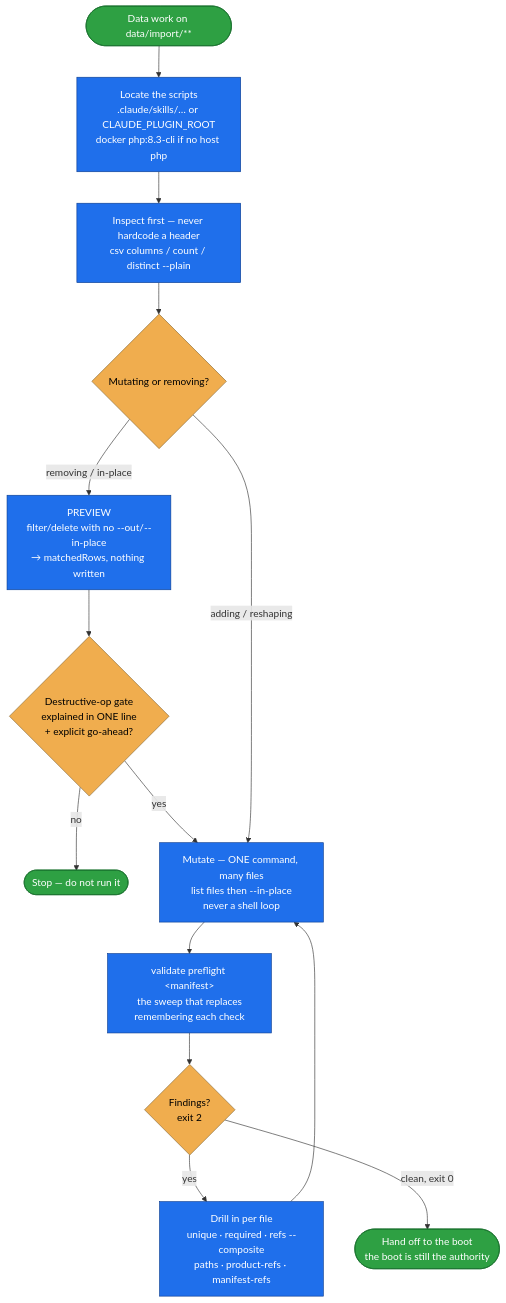
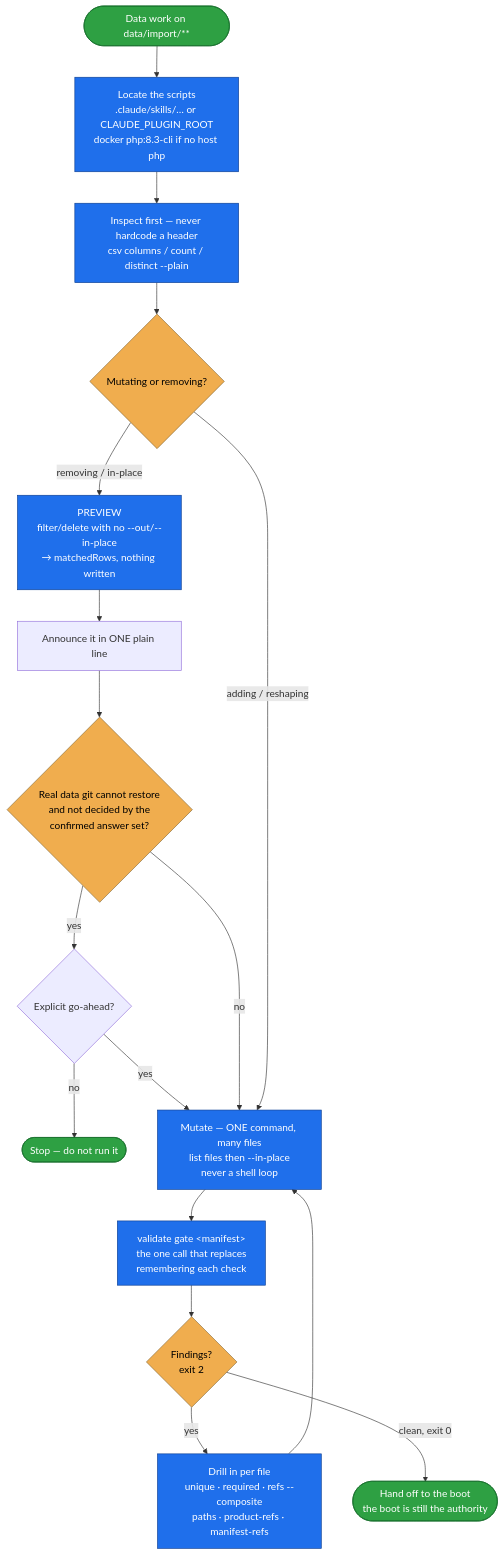
One commit to spryker-sdk/ai-dev changed the diagram in plugins/spryker-ai-dev-sdk/skills/spryker-import-tools/README.md. Above: the diagram before and after it, drawn with Mermaid. The commit also changed other lines of this file and 121 other files, not shown here.

````diff
--- a/plugins/spryker-ai-dev-sdk/skills/spryker-import-tools/README.md
+++ b/plugins/spryker-ai-dev-sdk/skills/spryker-import-tools/README.md
@@ -27,26 +32,29 @@
 ```mermaid
 flowchart TD
     A([Data work on data/import/**]) --> L["Locate the scripts<br/>.claude/skills/… or CLAUDE_PLUGIN_ROOT<br/>docker php:8.3-cli if no host php"]
     L --> I["Inspect first — never hardcode a header<br/>csv columns / count / distinct --plain"]
     I --> M{Mutating or removing?}
 
     M -- "removing / in-place" --> P["PREVIEW<br/>filter/delete with no --out/--in-place<br/>→ matchedRows, nothing written"]
-    P --> G{"Destructive-op gate<br/>explained in ONE line<br/>+ explicit go-ahead?"}
-    G -- "no" --> STOP([Stop — do not run it])
-    G -- "yes" --> W
+    P --> A1["Announce it in ONE plain line"]
+    A1 --> G{"Real data git cannot restore<br/>and not decided by the<br/>confirmed answer set?"}
+    G -- "yes" --> Q{"Explicit go-ahead?"}
+    Q -- "no" --> STOP([Stop — do not run it])
+    Q -- "yes" --> W
+    G -- "no" --> W
 
     M -- "adding / reshaping" --> W["Mutate — ONE command, many files<br/>list files then --in-place<br/>never a shell loop"]
 
-    W --> V["validate preflight &lt;manifest&gt;<br/>the sweep that replaces<br/>remembering each check"]
+    W --> V["validate gate &lt;manifest&gt;<br/>the one call that replaces<br/>remembering each check"]
     V --> VD{"Findings?<br/>exit 2"}
     VD -- "yes" --> DRILL["Drill in per file<br/>unique · required · refs --composite<br/>paths · product-refs · manifest-refs"]
     DRILL --> W
     VD -- "clean, exit 0" --> DONE([Hand off to the boot<br/>the boot is still the authority])
 
     classDef step fill:#1f6feb,stroke:#0b3d91,color:#fff;
     classDef decision fill:#f0ad4e,stroke:#8a6d3b,color:#000;
     classDef terminal fill:#2ea043,stroke:#176f2c,color:#fff;
     class L,I,P,W,V,DRILL step;
     class M,G,VD decision;
     class A,DONE,STOP terminal;
 ```
````
